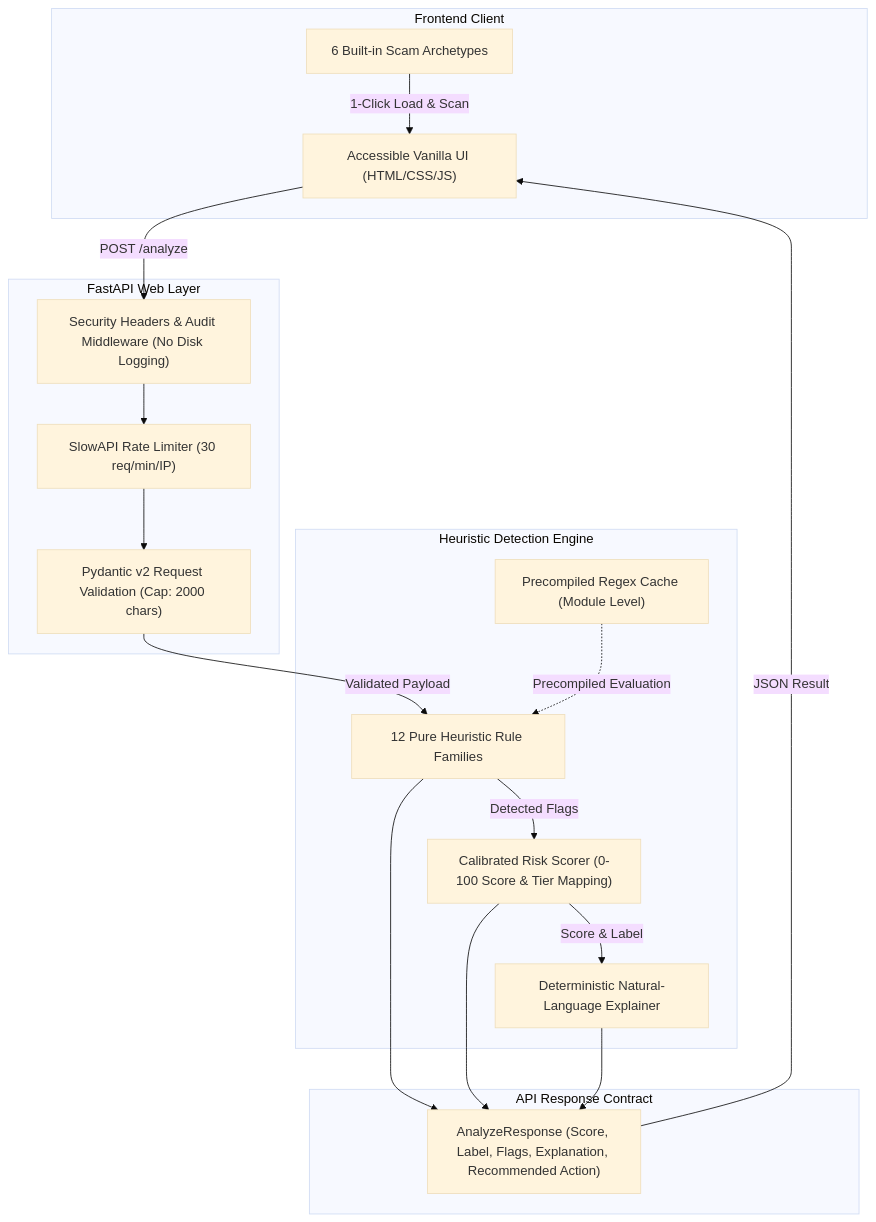
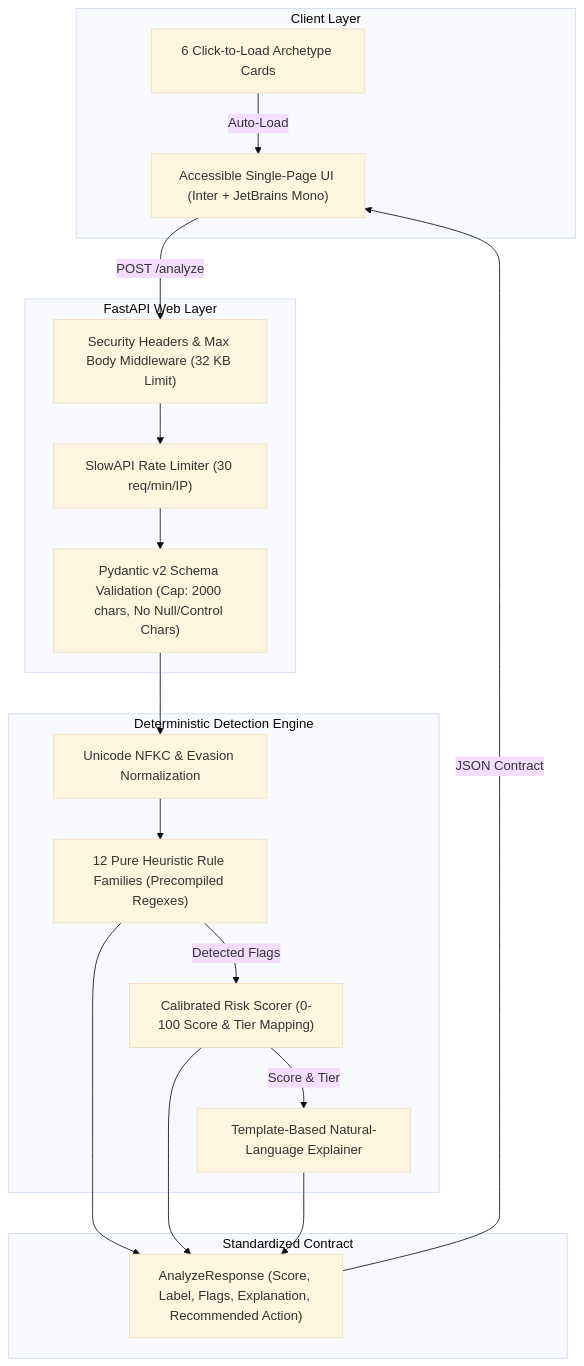
The diagram in README.md (Kr-Ankit16054/scamshield), drawn with Mermaid (base theme) before and after one commit. The commit also changed other lines of this file, not shown here.

````diff
--- a/README.md
+++ b/README.md
@@ -30,35 +54,35 @@
 ```mermaid
 flowchart TD
-    subgraph Client ["Frontend Client"]
-        UI["Accessible Vanilla UI (HTML/CSS/JS)"]
-        Samples["6 Built-in Scam Archetypes"]
+    subgraph Client ["Client Layer"]
+        UI["Accessible Single-Page UI (Inter + JetBrains Mono)"]
+        Samples["6 Click-to-Load Archetype Cards"]
     end
 
     subgraph API ["FastAPI Web Layer"]
-        MW["Security Headers & Audit Middleware (No Disk Logging)"]
+        MW["Security Headers & Max Body Middleware (32 KB Limit)"]
         RL["SlowAPI Rate Limiter (30 req/min/IP)"]
-        Val["Pydantic v2 Request Validation (Cap: 2000 chars)"]
+        Val["Pydantic v2 Schema Validation (Cap: 2000 chars, No Null/Control Chars)"]
     end
 
-    subgraph Engine ["Heuristic Detection Engine"]
-        H1["12 Pure Heuristic Rule Families"]
-        Regexes["Precompiled Regex Cache (Module Level)"]
+    subgraph Engine ["Deterministic Detection Engine"]
+        Norm["Unicode NFKC & Evasion Normalization"]
+        H1["12 Pure Heuristic Rule Families (Precompiled Regexes)"]
         Scorer["Calibrated Risk Scorer (0-100 Score & Tier Mapping)"]
-        Explainer["Deterministic Natural-Language Explainer"]
+        Explainer["Template-Based Natural-Language Explainer"]
     end
 
-    subgraph Output ["API Response Contract"]
+    subgraph Output ["Standardized Contract"]
         Res["AnalyzeResponse (Score, Label, Flags, Explanation, Recommended Action)"]
     end
 
     UI -->|"POST /analyze"| MW
-    Samples -->|"1-Click Load & Scan"| UI
+    Samples -->|"Auto-Load"| UI
     MW --> RL
     RL --> Val
-    Val -->|"Validated Payload"| H1
-    Regexes -.->|"Precompiled Evaluation"| H1
+    Val --> Norm
+    Norm --> H1
     H1 -->|"Detected Flags"| Scorer
-    Scorer -->|"Score & Label"| Explainer
+    Scorer -->|"Score & Tier"| Explainer
     H1 & Scorer & Explainer --> Res
-    Res -->|"JSON Result"| UI
+    Res -->|"JSON Contract"| UI
 ```
````
